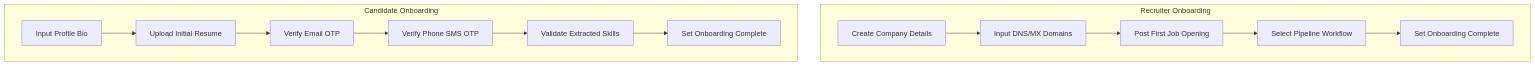
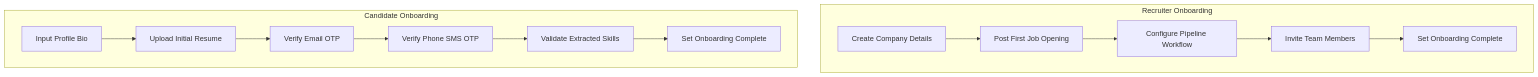
Before and after one commit to KRISHNAGARG2116/smartonboard: the fourth of 5 diagrams in docs/reports/PRODUCT_INFORMATION_ARCHITECTURE.md, drawn with Mermaid. The commit also changed other lines of this file and 29 other files, not shown here.

````diff
--- a/docs/reports/PRODUCT_INFORMATION_ARCHITECTURE.md
+++ b/docs/reports/PRODUCT_INFORMATION_ARCHITECTURE.md
@@ -164,17 +164,17 @@
 ```mermaid
 graph TD
     subgraph Recruiter Onboarding
-        R1[Create Company Details] --> R2[Input DNS/MX Domains]
-        R2 --> R3[Post First Job Opening]
-        R3 --> R4[Select Pipeline Workflow]
+        R1[Create Company Details] --> R2[Post First Job Opening]
+        R2 --> R3[Configure Pipeline Workflow]
+        R3 --> R4[Invite Team Members]
         R4 --> R5[Set Onboarding Complete]
     end
 
     subgraph Candidate Onboarding
         C1[Input Profile Bio] --> C2[Upload Initial Resume]
         C2 --> C3[Verify Email OTP]
         C3 --> C4[Verify Phone SMS OTP]
         C4 --> C5[Validate Extracted Skills]
         C5 --> C6[Set Onboarding Complete]
     end
 ```
````
